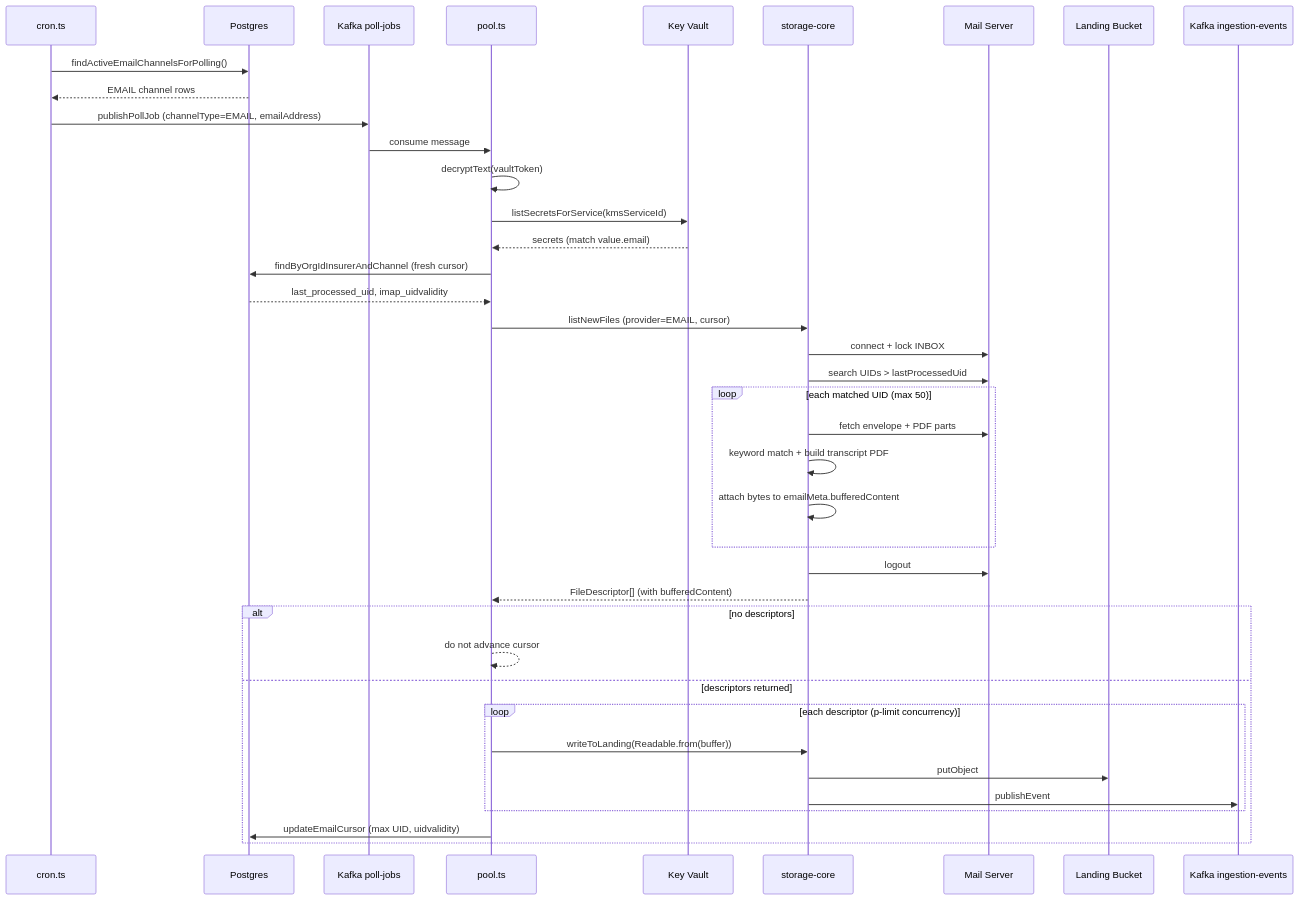
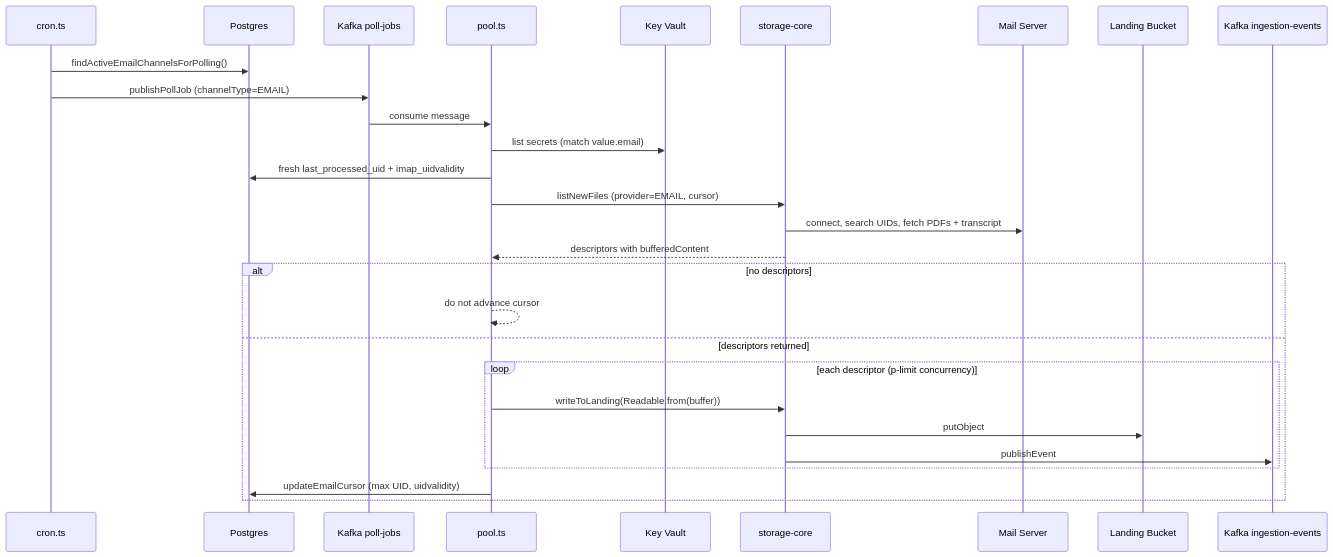
The third of 5 diagrams in poc-v0.1/poll-orchestrator/README.md (AtanuMM/Sentinel-Protocol---Hub), drawn with Mermaid before and after one commit. The commit also changed other lines of this file and 8 other files, not shown here.

````diff
--- a/poc-v0.1/poll-orchestrator/README.md
+++ b/poc-v0.1/poll-orchestrator/README.md
@@ -301,45 +359,33 @@
 ```mermaid
 sequenceDiagram
   participant Scheduler as cron.ts
   participant DB as Postgres
   participant KJobs as Kafka poll-jobs
   participant Worker as pool.ts
   participant Vault as Key Vault
   participant SC as storage-core
   participant IMAP as Mail Server
   participant LND as Landing Bucket
   participant KEvents as Kafka ingestion-events
 
   Scheduler->>DB: findActiveEmailChannelsForPolling()
-  DB-->>Scheduler: EMAIL channel rows
-  Scheduler->>KJobs: publishPollJob (channelType=EMAIL, emailAddress)
+  Scheduler->>KJobs: publishPollJob (channelType=EMAIL)
 
   KJobs->>Worker: consume message
-  Worker->>Worker: decryptText(vaultToken)
-  Worker->>Vault: listSecretsForService(kmsServiceId)
-  Vault-->>Worker: secrets (match value.email)
-  Worker->>DB: findByOrgIdInsurerAndChannel (fresh cursor)
-  DB-->>Worker: last_processed_uid, imap_uidvalidity
-
+  Worker->>Vault: list secrets (match value.email)
+  Worker->>DB: fresh last_processed_uid + imap_uidvalidity
   Worker->>SC: listNewFiles (provider=EMAIL, cursor)
-  SC->>IMAP: connect + lock INBOX
-  SC->>IMAP: search UIDs > lastProcessedUid
-  loop each matched UID (max 50)
-    SC->>IMAP: fetch envelope + PDF parts
-    SC->>SC: keyword match + build transcript PDF
-    SC->>SC: attach bytes to emailMeta.bufferedContent
-  end
-  SC->>IMAP: logout
-  SC-->>Worker: FileDescriptor[] (with bufferedContent)
+  SC->>IMAP: connect, search UIDs, fetch PDFs + transcript
+  SC-->>Worker: descriptors with bufferedContent
 
   alt no descriptors
     Worker-->>Worker: do not advance cursor
   else descriptors returned
     loop each descriptor (p-limit concurrency)
       Worker->>SC: writeToLanding(Readable.from(buffer))
       SC->>LND: putObject
       SC->>KEvents: publishEvent
     end
     Worker->>DB: updateEmailCursor (max UID, uidvalidity)
   end
 ```
````
